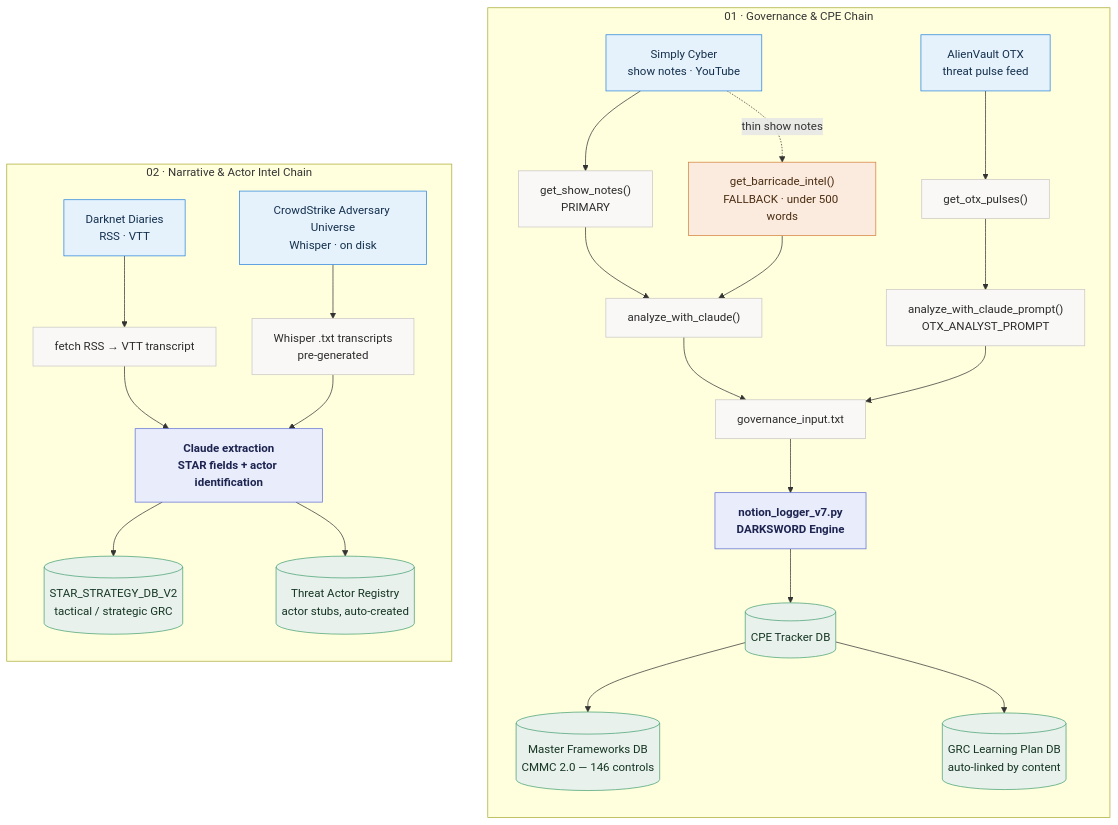
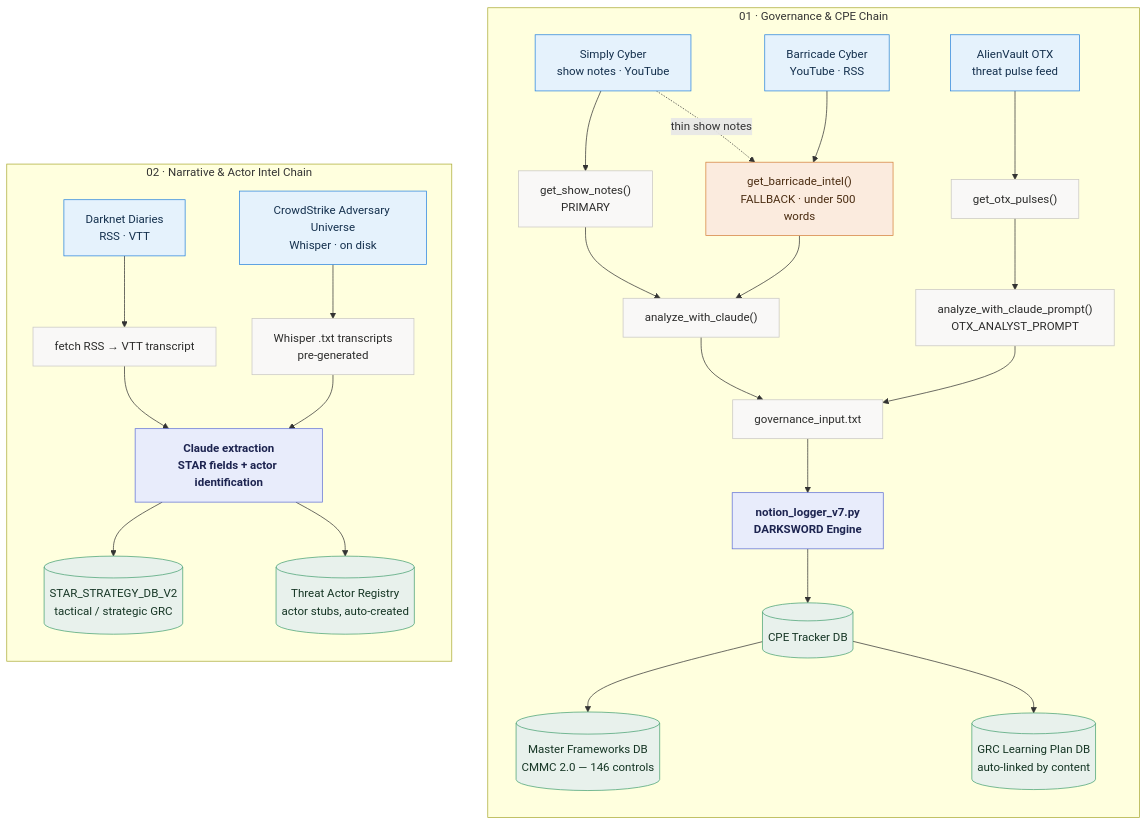
Before and after one commit to tmon3ygrc-sentinel/cpe-logger: the diagram in README.md, drawn with Mermaid. The commit also changed other lines of this file and 1 other file, not shown here.

First line of the commit message:
docs: fix Architecture PR review findings — episode math, Barricade Cyber in CPE Databases table + diagram

````diff
--- a/README.md
+++ b/README.md
@@ -31,68 +31,70 @@
 ```mermaid
 flowchart TD
 
 %% ---------- 01 GOVERNANCE & CPE CHAIN ----------
 subgraph P1["01 · Governance &amp; CPE Chain"]
   direction TB
   SC["Simply Cyber<br/>show notes · YouTube"]
   OTX["AlienVault OTX<br/>threat pulse feed"]
+  BC["Barricade Cyber<br/>YouTube · RSS"]
 
   SN["get_show_notes()<br/>PRIMARY"]
   BI["get_barricade_intel()<br/>FALLBACK · under 500 words"]
   OP["get_otx_pulses()"]
 
   AC["analyze_with_claude()"]
   ACP["analyze_with_claude_prompt()<br/>OTX_ANALYST_PROMPT"]
 
   GI["governance_input.txt"]
   ENG["notion_logger_v7.py<br/>DARKSWORD Engine"]
 
   CPE[("CPE Tracker DB")]
   MF[("Master Frameworks DB<br/>CMMC 2.0 — 146 controls")]
   GRC[("GRC Learning Plan DB<br/>auto-linked by content")]
 
   SC --> SN
   SC -.->|thin show notes| BI
+  BC --> BI
   SN --> AC
   BI --> AC
   OTX --> OP --> ACP
   AC --> GI
   ACP --> GI
   GI --> ENG --> CPE
   CPE --> MF
   CPE --> GRC
 end
 
 %% ---------- 02 NARRATIVE & ACTOR INTEL CHAIN ----------
 subgraph P2["02 · Narrative &amp; Actor Intel Chain"]
   direction TB
   DD["Darknet Diaries<br/>RSS · VTT"]
   CSA["CrowdStrike Adversary Universe<br/>Whisper · on disk"]
 
   DDT["fetch RSS → VTT transcript"]
   CST["Whisper .txt transcripts<br/>pre-generated"]
 
   EX["Claude extraction<br/>STAR fields + actor identification"]
 
   STAR[("STAR_STRATEGY_DB_V2<br/>tactical / strategic GRC")]
   TAR[("Threat Actor Registry<br/>actor stubs, auto-created")]
 
   DD --> DDT --> EX
   CSA --> CST --> EX
   EX --> STAR
   EX --> TAR
 end
 
 %% ---------- STYLING ----------
 classDef source fill:#E5F2FC,stroke:#2783DE,color:#14304d;
 classDef step fill:#F9F8F7,stroke:#C9C7C3,color:#2C2C2B;
 classDef engine fill:#E8ECFB,stroke:#5E6FD6,color:#1d2450,font-weight:bold;
 classDef db fill:#E8F1EC,stroke:#46A171,color:#153524;
 classDef fallback fill:#FBEBDE,stroke:#D5803B,color:#4a2c11;
 
-class SC,OTX,DD,CSA source;
+class SC,OTX,BC,DD,CSA source;
 class SN,OP,AC,ACP,GI,DDT,CST step;
 class BI fallback;
 class ENG,EX engine;
 class CPE,MF,GRC,STAR,TAR db;
 ```
````
